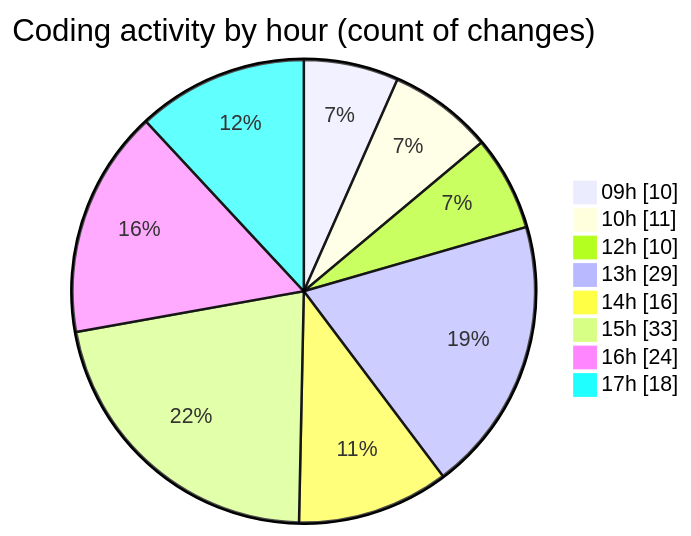
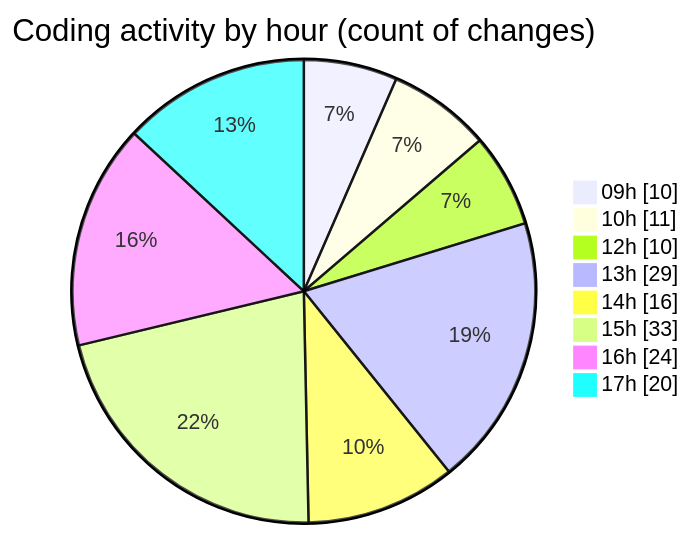
One commit to momahboobian/code-tracking changed the second of 2 diagrams in 2025-09-12/cda/README.md. Above: the diagram before and after it, drawn with Mermaid. The commit also changed other lines of this file and 1 other file, not shown here.

````diff
--- a/2025-09-12/cda/README.md
+++ b/2025-09-12/cda/README.md
@@ -47,12 +47,12 @@
 ```mermaid
 pie showData
 title Coding activity by hour (count of changes)
 "09h" : 10
 "10h" : 11
 "12h" : 10
 "13h" : 29
 "14h" : 16
 "15h" : 33
 "16h" : 24
-"17h" : 18
+"17h" : 20
 ```
````
